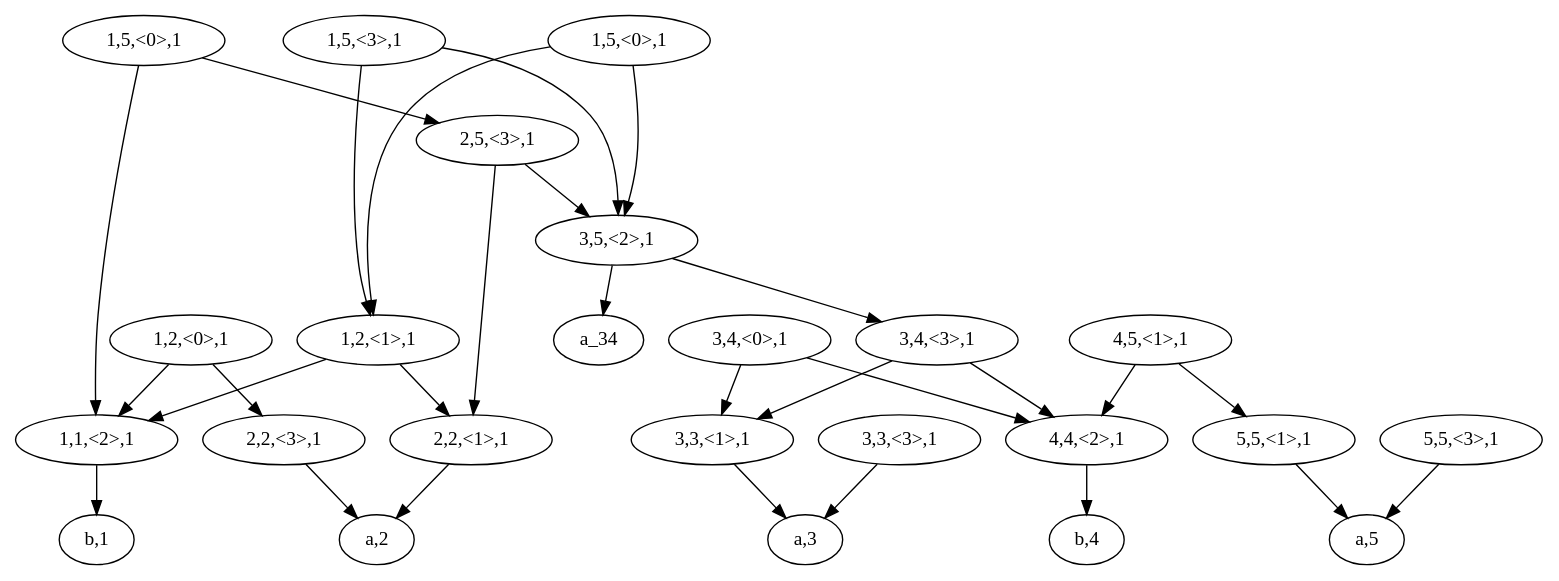
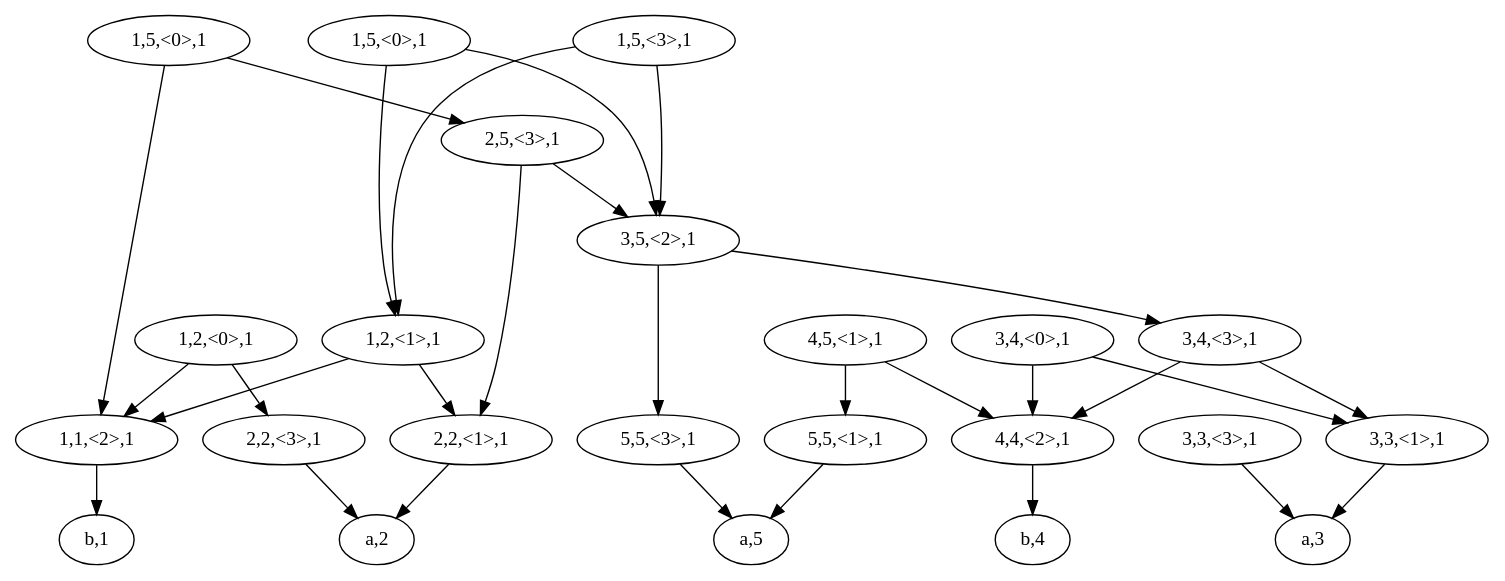
Before and after one commit to WLFJ/CYK-Speedup: the diagram in report/algo-graph.dot, drawn with Graphviz. The commit also changed 9 other files, not shown here.

```diff
--- a/report/algo-graph.dot
+++ b/report/algo-graph.dot
@@ -1,120 +1,120 @@
 digraph G {
 layout="dot";
 // 首先生成输入数据
   i_b_0[label="b,1"];
   i_a_1[label="a,2"];
   i_a_2[label="a,3"];
   i_b_3[label="b,4"];
   i_a_4[label="a,5"];
 
 // 然后是他们之上的初始化的treenode
 /*
 <1>::=a
 <3>::=a
 <2>::=b
 */
   b_2_0[label="1,1,<2>,1"];
   b_2_0 -> i_b_0;
 
   a_1_1[label="2,2,<1>,1"];
   a_3_1[label="2,2,<3>,1"];
   a_1_1 -> i_a_1;
   a_3_1 -> i_a_1;
 
   a_1_2[label="3,3,<1>,1"];
   a_3_2[label="3,3,<3>,1"];
   a_1_2 -> i_a_2;
   a_3_2 -> i_a_2;
 
   b_2_3[label="4,4,<2>,1"];
   b_2_3 -> i_b_3;
 
   a_1_4[label="5,5,<1>,1"];
   a_3_4[label="5,5,<3>,1"];
   a_1_4 -> i_a_4;
   a_3_4 -> i_a_4;
 
 // 好的，下面我们开始算法，我们先不区分区间之类，仅仅把所有关系生成出来？
 // ------------- len = 2 -----------------
 n21_0[label="1,2,<1>,1"]
 n21_0 -> b_2_0
 n21_0 -> a_1_1
 
 n23_0[label="1,2,<0>,1"]
 n23_0 -> b_2_0
 n23_0 -> a_3_1
 
 n12_0[label="3,4,<0>,1"]
 n12_0 -> a_1_2
 n12_0 -> b_2_3
 
 n12_1[label="3,4,<3>,1"]
 n12_1 -> a_1_2
 n12_1 -> b_2_3
 
 n21_1[label="4,5,<1>,1"]
 n21_1 -> b_2_3
 n21_1 -> a_1_4
 
 // Note: 只有x,x,<x>相同的才会进行合并！我们继续计算！
 // -------------- len = 3 ---------------
 n33_0[label="3,5,<2>,1"]
 n33_0 -> n12_1
-n33_0 -> a_34
+n33_0 -> a_3_4
 
 // -------------- len = 4 ---------------
 n12_2[label="2,5,<3>,1"]
 n12_2 -> a_1_1
 n12_2 -> n33_0
 
 // -------------- len = 5 ---------------
 n23_1[label="1,5,<0>,1"]
 n23_1 -> b_2_0
 n23_1 -> n12_2
 
 n12_4[label="1,5,<0>,1"]
 n12_4 -> n21_0
 n12_4 -> n33_0
 
 n12_3[label="1,5,<3>,1"]
 n12_3 -> n21_0
 n12_3 -> n33_0
 
 /*
 <0>::=<1><2>
 <0>::=<2><3>
 <1>::=<2><1>
 <2>::=<3><3>
 <3>::=<1><2>
 */
 
 subgraph c_0{
   rank=same;
   {rank=same; i_b_0; i_a_1; i_a_2; i_b_3; i_a_4;}
 }
 
 subgraph c_1{
   rank=same;
   {rank=same; b_2_0; a_1_1; a_3_1; a_1_2; a_3_2; b_2_3; a_1_4; a_3_4;}
 }
 
 subgraph c_2{
   rank=same;
   {rank=same; n21_0; n23_0; n12_0; n12_1; n21_1;}
 }
 
 subgraph c_3{
   rank=same;
   {rank=same; n33_0;}
 }
 
 subgraph c_4{
   rank=same;
   {rank=same; n12_2;}
 }
 
 subgraph c_5{
   rank=same;
   {rank=same; n23_1; n12_3; n12_4;}
 }
 }
```
